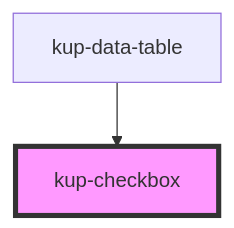
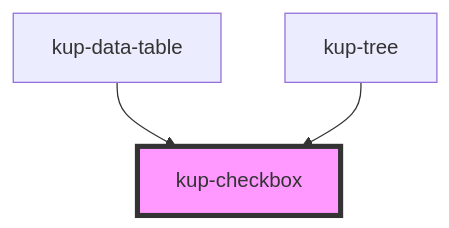
Before and after one commit to smeup/ketchup: the diagram in packages/ketchup/src/components/kup-checkbox/readme.md, drawn with Mermaid. The commit also changed other lines of this file and 6 other files, not shown here.

````diff
--- a/packages/ketchup/src/components/kup-checkbox/readme.md
+++ b/packages/ketchup/src/components/kup-checkbox/readme.md
@@ -49,5 +50,6 @@
 ```mermaid
 graph TD;
   kup-data-table --> kup-checkbox
+  kup-tree --> kup-checkbox
   style kup-checkbox fill:#f9f,stroke:#333,stroke-width:4px
 ```
````
